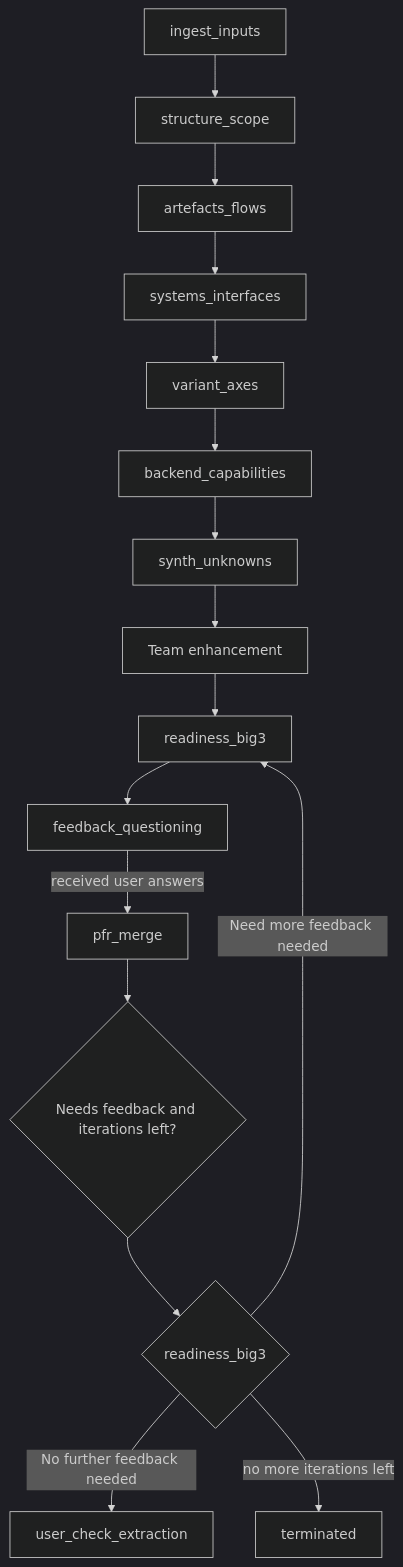
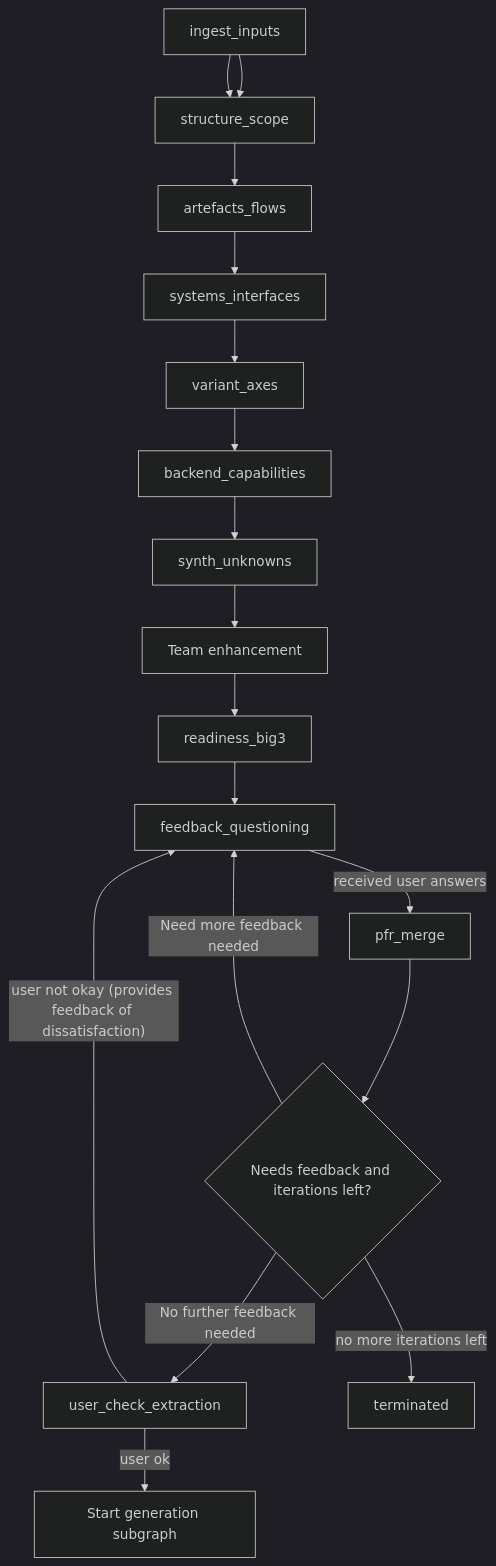
Before and after one commit to hangchill/GROSS_agentic_estimation_tool: the second of 3 diagrams in docs/DESIGN.md, drawn with Mermaid (dark theme).

````diff
--- a/docs/DESIGN.md
+++ b/docs/DESIGN.md
@@ -110,23 +110,25 @@
 ```mermaid
 flowchart TD
+A[ingest_inputs] --> B[structure_scope]
 A[ingest_inputs] --> B[structure_scope]
     B --> C[artefacts_flows]
     C --> D[systems_interfaces]
     D --> E[variant_axes]
     E --> F[backend_capabilities]
     F --> G[synth_unknowns]
         
     G --> TE[Team enhancement]
     
-    %% New flow starts here
     TE --> R1[readiness_big3]
     R1 --> FQ[feedback_questioning]
     FQ -->|received user answers| PM[pfr_merge]
     
     PM --> NFI{Needs feedback and iterations left?}
-    NFI --> R2{readiness_big3}
     
-    R2 -->|No further feedback needed| UCE[user_check_extraction]
-    R2 -->|Need more feedback needed| R1
-    R2 -->|no more iterations left| TM[terminated]
+    NFI -->|No further feedback needed| UCE[user_check_extraction]
+    NFI -->|Need more feedback needed| FQ
+    NFI -->|no more iterations left| TM[terminated]
+    
+    UCE -->|user ok| SGS[Start generation subgraph]
+    UCE -->|"user not okay (provides feedback of dissatisfaction)"| FQ
 ```
````
